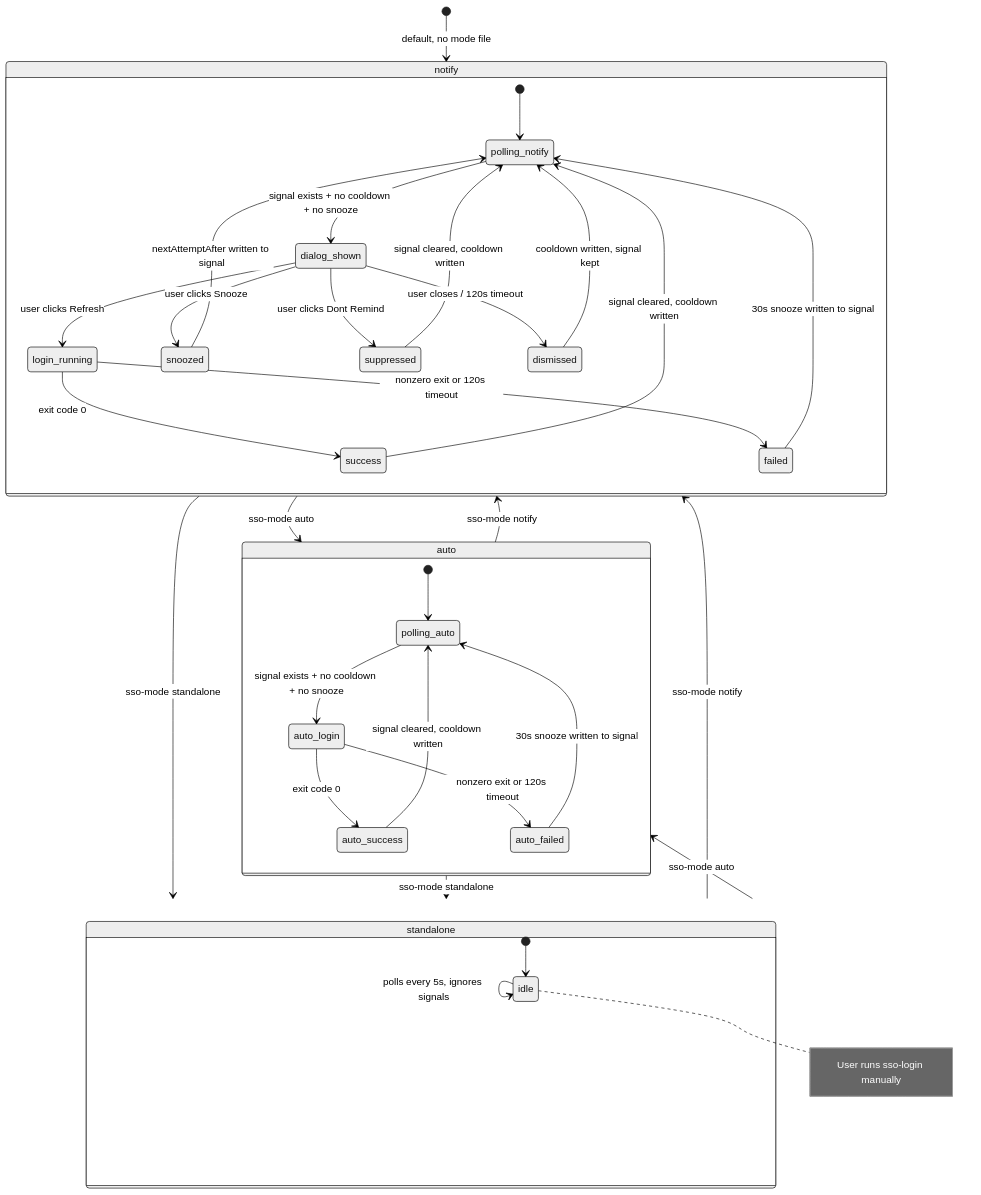
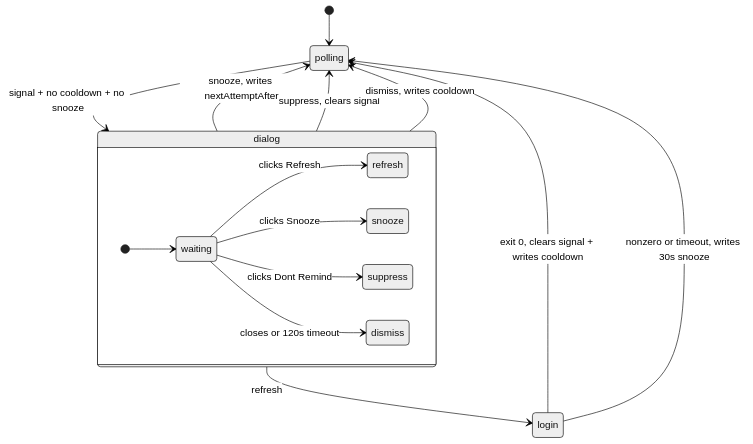
Before and after one commit to rp-arielrodriguez/bazel-aws-maven-proxy: the second of 7 diagrams in docs/state-machine.md, drawn with Mermaid (neutral theme). The commit also changed other lines of this file, not shown here.

Commit message:
split state diagrams into smaller focused charts to avoid edge overlap

````diff
--- a/docs/state-machine.md
+++ b/docs/state-machine.md
@@ -9,44 +25,24 @@
 ```mermaid
 stateDiagram-v2
-    [*] --> notify : default, no mode file
+    direction TB
+    [*] --> polling
 
-    notify --> auto : sso-mode auto
-    notify --> standalone : sso-mode standalone
-    auto --> notify : sso-mode notify
-    auto --> standalone : sso-mode standalone
-    standalone --> notify : sso-mode notify
-    standalone --> auto : sso-mode auto
+    polling --> dialog : signal + no cooldown + no snooze
 
-    state notify {
-        [*] --> polling_notify
-        polling_notify --> dialog_shown : signal exists + no cooldown + no snooze
-        dialog_shown --> login_running : user clicks Refresh
-        dialog_shown --> snoozed : user clicks Snooze
-        dialog_shown --> suppressed : user clicks Dont Remind
-        dialog_shown --> dismissed : user closes / 120s timeout
-        login_running --> success : exit code 0
-        login_running --> failed : nonzero exit or 120s timeout
-        success --> polling_notify : signal cleared, cooldown written
-        failed --> polling_notify : 30s snooze written to signal
-        snoozed --> polling_notify : nextAttemptAfter written to signal
-        suppressed --> polling_notify : signal cleared, cooldown written
-        dismissed --> polling_notify : cooldown written, signal kept
+    state dialog {
+        direction LR
+        [*] --> waiting
+        waiting --> refresh : clicks Refresh
+        waiting --> snooze : clicks Snooze
+        waiting --> suppress : clicks Dont Remind
+        waiting --> dismiss : closes or 120s timeout
     }
 
-    state auto {
-        [*] --> polling_auto
-        polling_auto --> auto_login : signal exists + no cooldown + no snooze
-        auto_login --> auto_success : exit code 0
-        auto_login --> auto_failed : nonzero exit or 120s timeout
-        auto_success --> polling_auto : signal cleared, cooldown written
-        auto_failed --> polling_auto : 30s snooze written to signal
-    }
+    dialog --> login : refresh
+    dialog --> polling : snooze, writes nextAttemptAfter
+    dialog --> polling : suppress, clears signal
+    dialog --> polling : dismiss, writes cooldown
 
-    state standalone {
-        [*] --> idle
-        idle --> idle : polls every 5s, ignores signals
-        note right of idle
-            User runs sso-login manually
-        end note
-    }
+    login --> polling : exit 0, clears signal + writes cooldown
+    login --> polling : nonzero or timeout, writes 30s snooze
 ```
````
